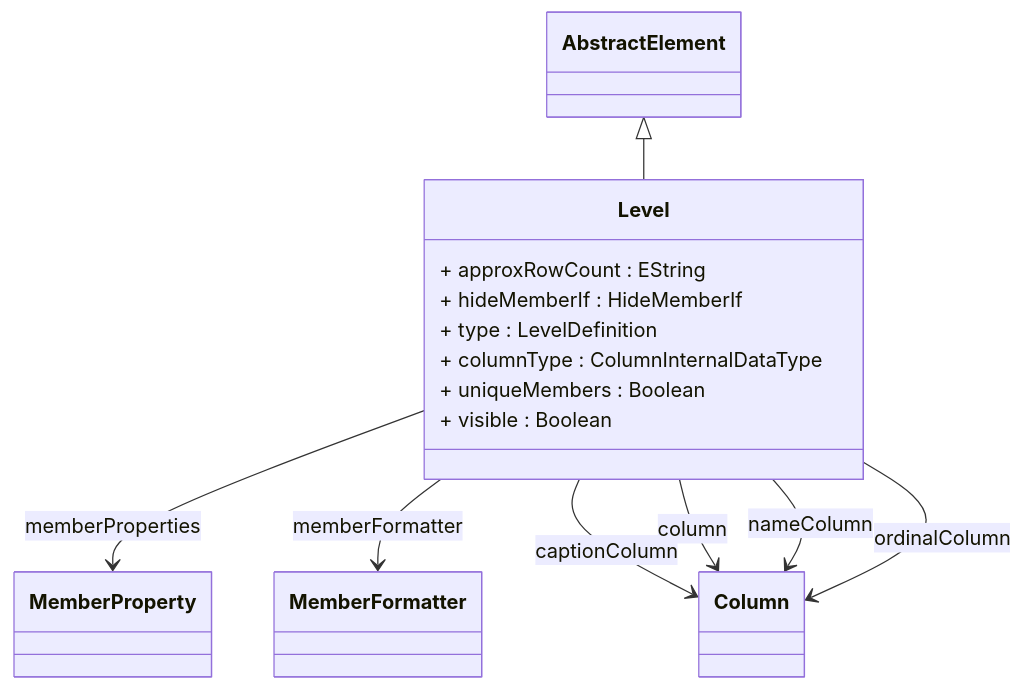
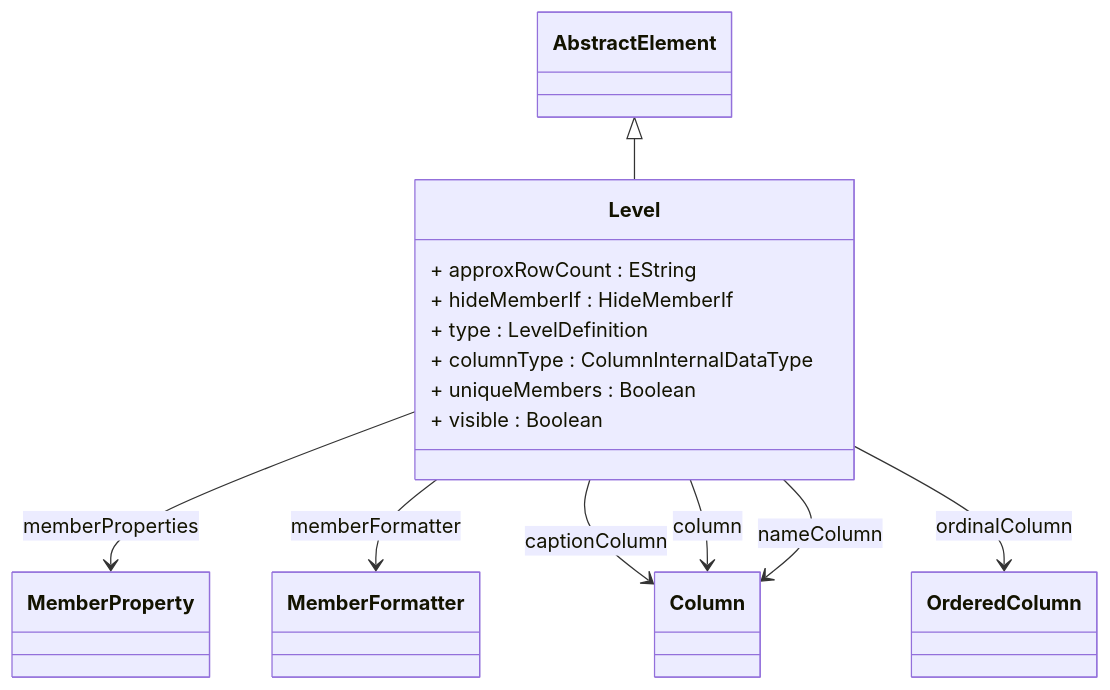
The diagram in docs/cubeserver/model/class-Level.md (eclipse-daanse/eclipse-daanse.github.io), drawn with Mermaid before and after one commit. The commit also changed other lines of this file and 165 other files, not shown here.

````diff
--- a/docs/cubeserver/model/class-Level.md
+++ b/docs/cubeserver/model/class-Level.md
@@ -183,20 +183,20 @@
 ```mermaid
 classDiagram
   class Level {
     + approxRowCount : EString
     + hideMemberIf : HideMemberIf
     + type : LevelDefinition
     + columnType : ColumnInternalDataType
     + uniqueMembers : Boolean
     + visible : Boolean
   }
 
   AbstractElement <|-- Level
   Level --> MemberProperty : memberProperties
   Level --> MemberFormatter : memberFormatter
   Level --> Column : captionColumn
   Level --> Column : column
   Level --> Column : nameColumn
-  Level --> Column : ordinalColumn
+  Level --> OrderedColumn : ordinalColumn
 
 ```
````
